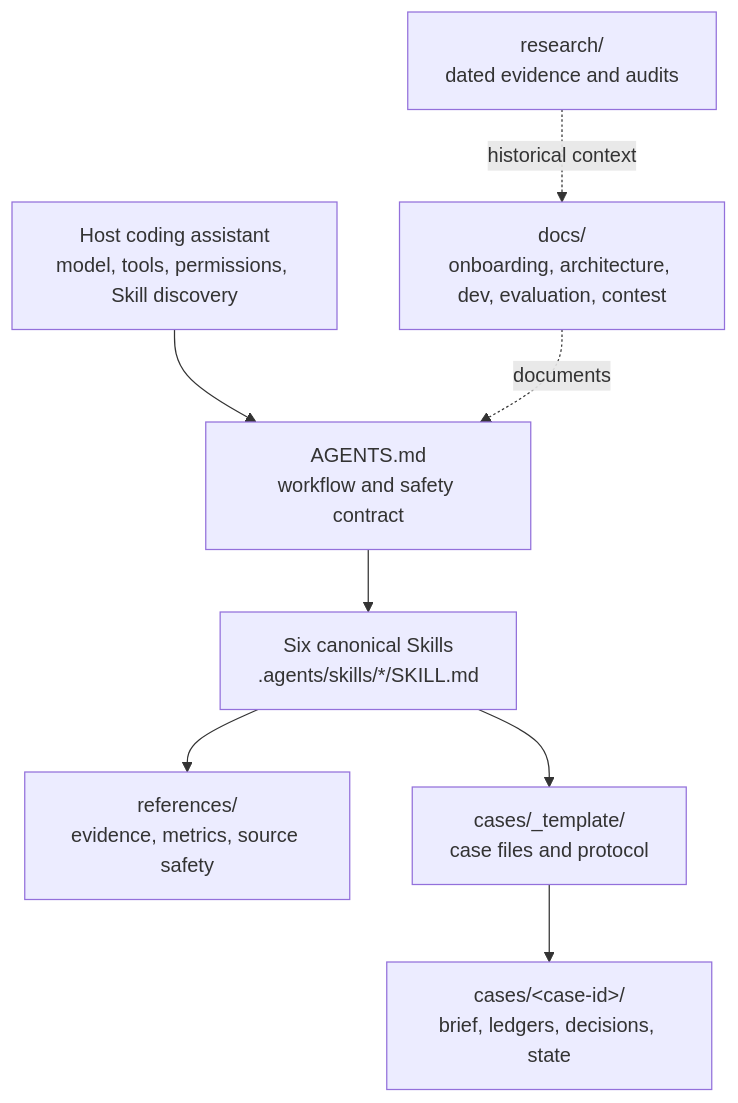
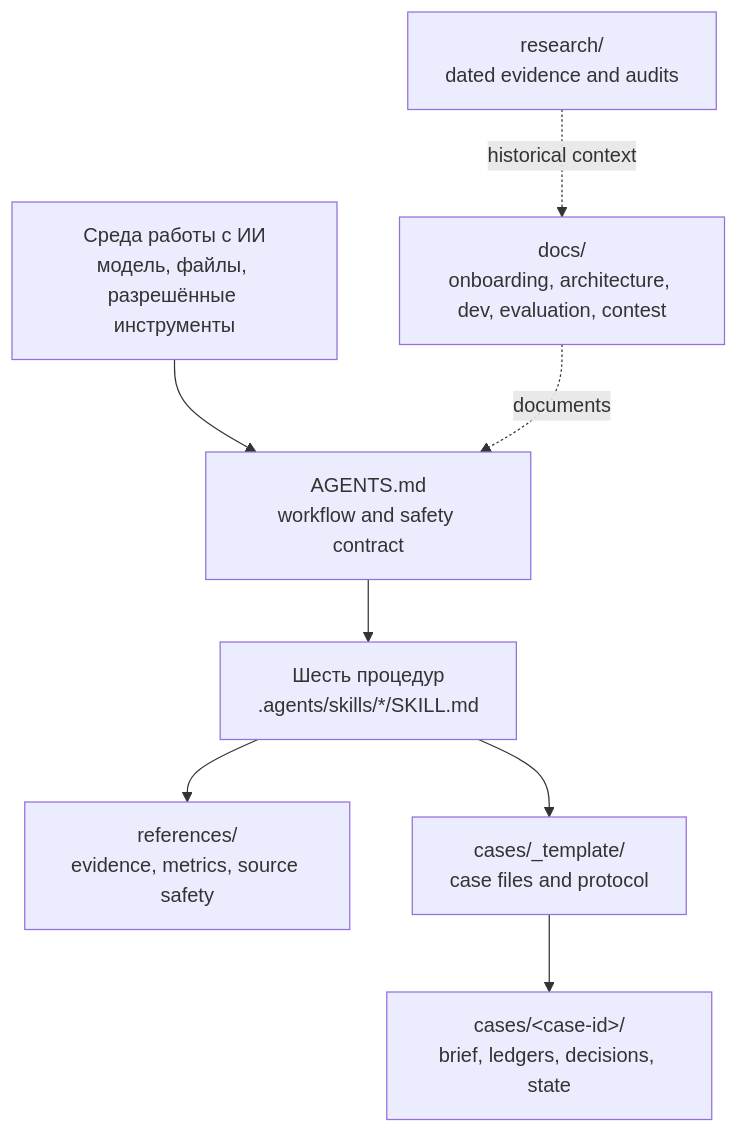
The first of 2 diagrams in docs/architecture.md (EdYaRdx/megafon_hack), drawn with Mermaid before and after one commit. The commit also changed other lines of this file, not shown here.

Commit message:
docs: restore product architecture and keep revision protocol accessible

````diff
--- a/docs/architecture.md
+++ b/docs/architecture.md
@@ -11,10 +11,10 @@
 ```mermaid
 flowchart TB
-  H[Host coding assistant<br/>model, tools, permissions, Skill discovery] --> G[AGENTS.md<br/>workflow and safety contract]
-  G --> S[Six canonical Skills<br/>.agents/skills/*/SKILL.md]
+  H[Среда работы с ИИ<br/>модель, файлы, разрешённые инструменты] --> G[AGENTS.md<br/>workflow and safety contract]
+  G --> S[Шесть процедур<br/>.agents/skills/*/SKILL.md]
   S --> R[references/<br/>evidence, metrics, source safety]
   S --> T[cases/_template/<br/>case files and protocol]
   T --> C[cases/&lt;case-id&gt;/<br/>brief, ledgers, decisions, state]
   D[docs/<br/>onboarding, architecture, dev, evaluation, contest] -. documents .-> G
   A[research/<br/>dated evidence and audits] -. historical context .-> D
 ```
````
